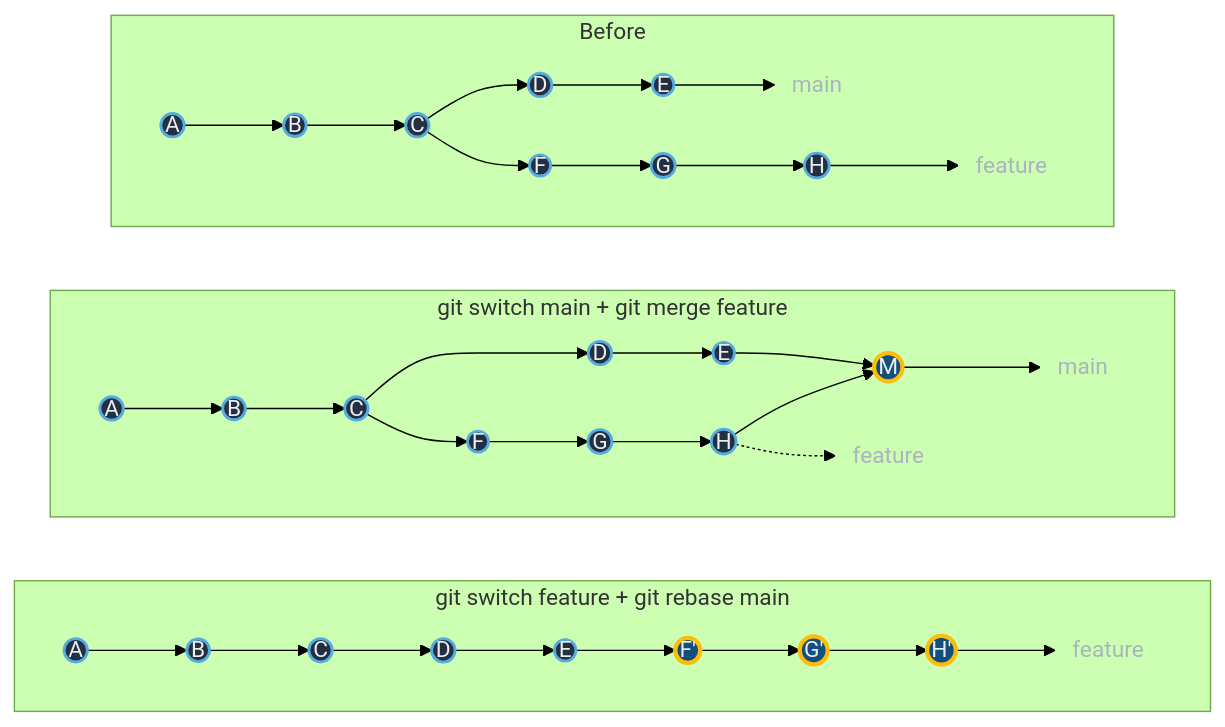
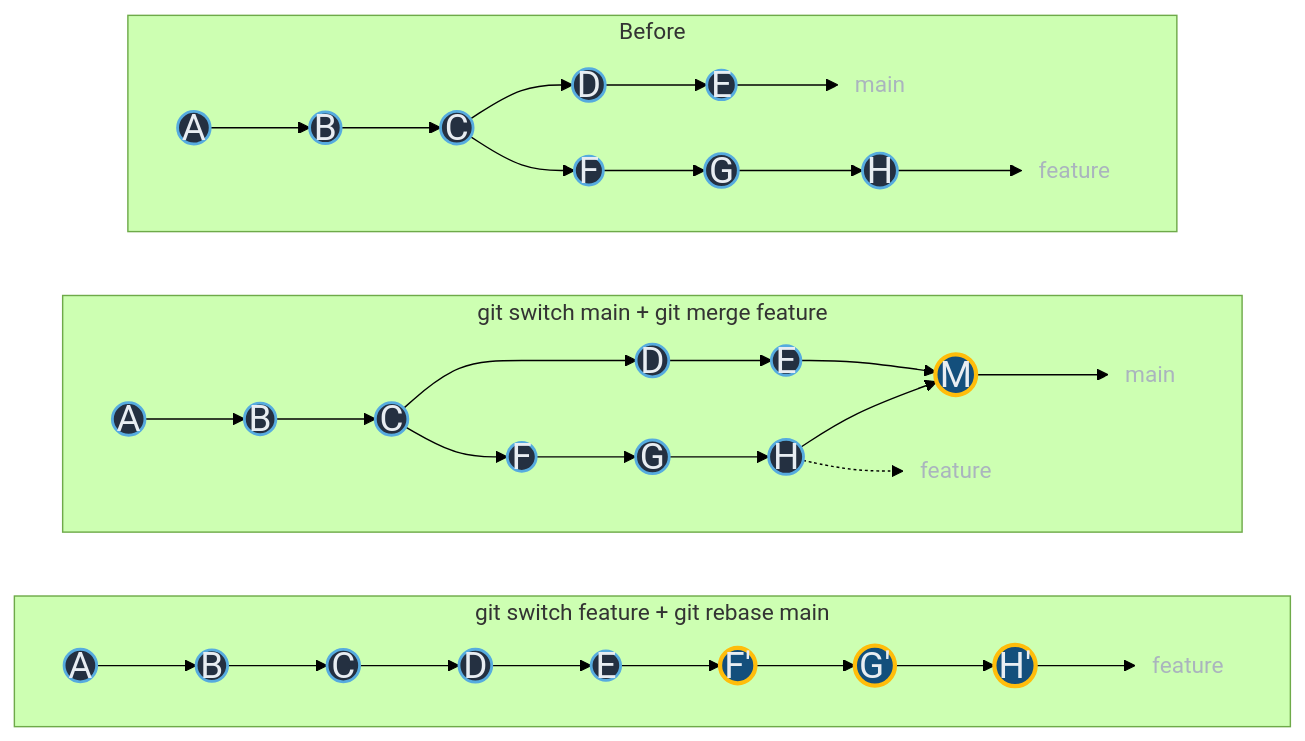
Before and after one commit to C2SM/git-course: the diagram in advanced/slides/diagrams/merge-vs-rebase.mmd, drawn with Mermaid (forest theme). The commit also changed 6 other files, not shown here.

```diff
--- a/advanced/slides/diagrams/merge-vs-rebase.mmd
+++ b/advanced/slides/diagrams/merge-vs-rebase.mmd
@@ -1,40 +1,40 @@
 ---
 config:
   flowchart:
     padding: 6
     rankSpacing: 45
     nodeSpacing: 30
     subGraphTitleMargin:
       top: 0
       bottom: 6
 ---
 flowchart TB
     subgraph before["Before"]
         direction LR
         bA(("A")) --> bB(("B")) --> bC(("C"))
         bC --> bD(("D")) --> bE(("E")) --> bMAIN["main"]
         bC --> bF(("F")) --> bG(("G")) --> bH(("H")) --> bFEAT["feature"]
     end
 
     subgraph merged["git switch main + git merge feature"]
         direction LR
         mA(("A")) --> mB(("B")) --> mC(("C"))
         mC --> mD(("D")) --> mE(("E")) --> mM
         mC --> mF(("F")) --> mG(("G")) --> mH(("H")) --> mM(("M")) --> mMAIN["main"]
         mH -.-> mFEAT["feature"]
     end
 
     subgraph rebased["git switch feature + git rebase main"]
         direction LR
         rA(("A")) --> rB(("B")) --> rC(("C")) --> rD(("D")) --> rE(("E")) --> rF(("F'")) --> rG(("G'")) --> rH(("H'")) --> rFEAT["feature"]
     end
 
     bA ~~~ mA
     mA ~~~ rA
 
-    classDef commit fill:#243041,stroke:#56abdf,stroke-width:2px,color:#e8edf2
-    classDef new fill:#134f7c,stroke:#ffbd0b,stroke-width:3px,color:#e8edf2
+    classDef commit fill:#243041,stroke:#56abdf,stroke-width:2px,color:#e8edf2,font-size:26px
+    classDef new fill:#134f7c,stroke:#ffbd0b,stroke-width:3px,color:#e8edf2,font-size:26px
     classDef tip fill:none,stroke:none,color:#aab4be
     class bA,bB,bC,bD,bE,bF,bG,bH,mA,mB,mC,mD,mE,mF,mG,mH,rA,rB,rC,rD,rE commit
     class mM,rF,rG,rH new
     class bMAIN,bFEAT,mFEAT,mMAIN,rFEAT tip
```
